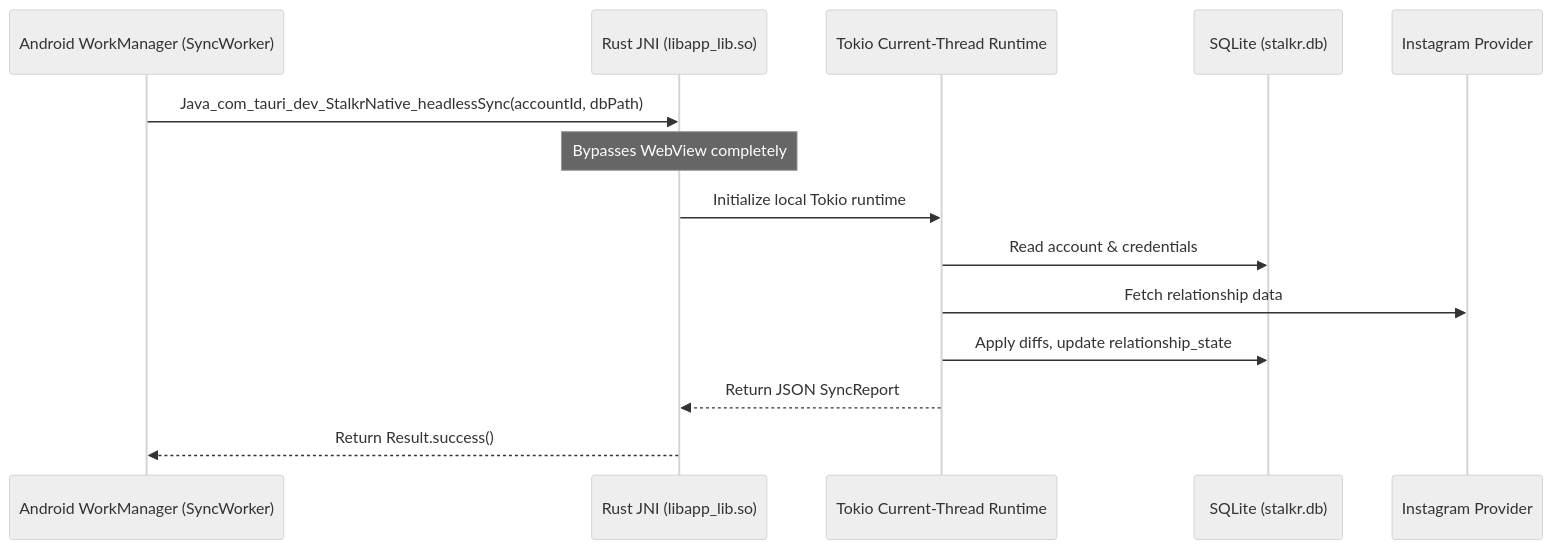
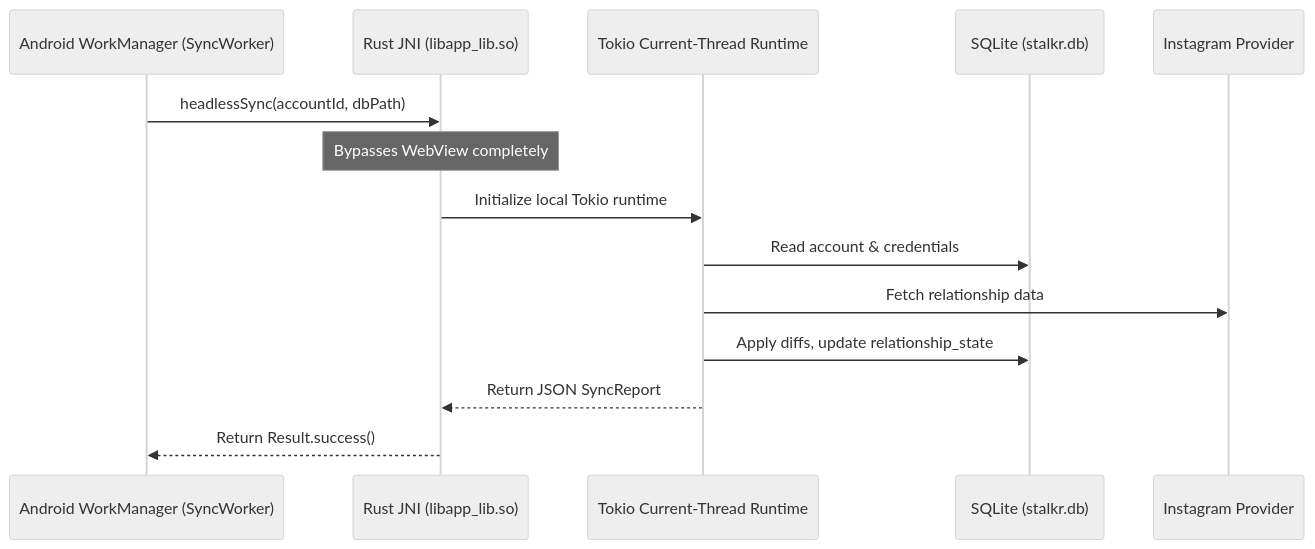
One commit to MZarc/Stalkr changed the third of 3 diagrams in ARCHITECTURE.md. Above: the diagram before and after it, drawn with Mermaid (neutral theme). The commit also changed other lines of this file and 6 other files, not shown here.

First line of the commit message:
Docs: honest claims, schema-accurate specs, MIT license

````diff
--- a/ARCHITECTURE.md
+++ b/ARCHITECTURE.md
@@ -120,17 +133,17 @@
 ```mermaid
 sequenceDiagram
     participant WM as Android WorkManager (SyncWorker)
     participant JNI as Rust JNI (libapp_lib.so)
     participant RT as Tokio Current-Thread Runtime
     participant DB as SQLite (stalkr.db)
     participant IG as Instagram Provider
 
-    WM->>JNI: Java_com_tauri_dev_StalkrNative_headlessSync(accountId, dbPath)
+    WM->>JNI: headlessSync(accountId, dbPath)
     Note over JNI: Bypasses WebView completely
     JNI->>RT: Initialize local Tokio runtime
     RT->>DB: Read account & credentials
     RT->>IG: Fetch relationship data
     RT->>DB: Apply diffs, update relationship_state
     RT-->>JNI: Return JSON SyncReport
     JNI-->>WM: Return Result.success()
 ```
````
